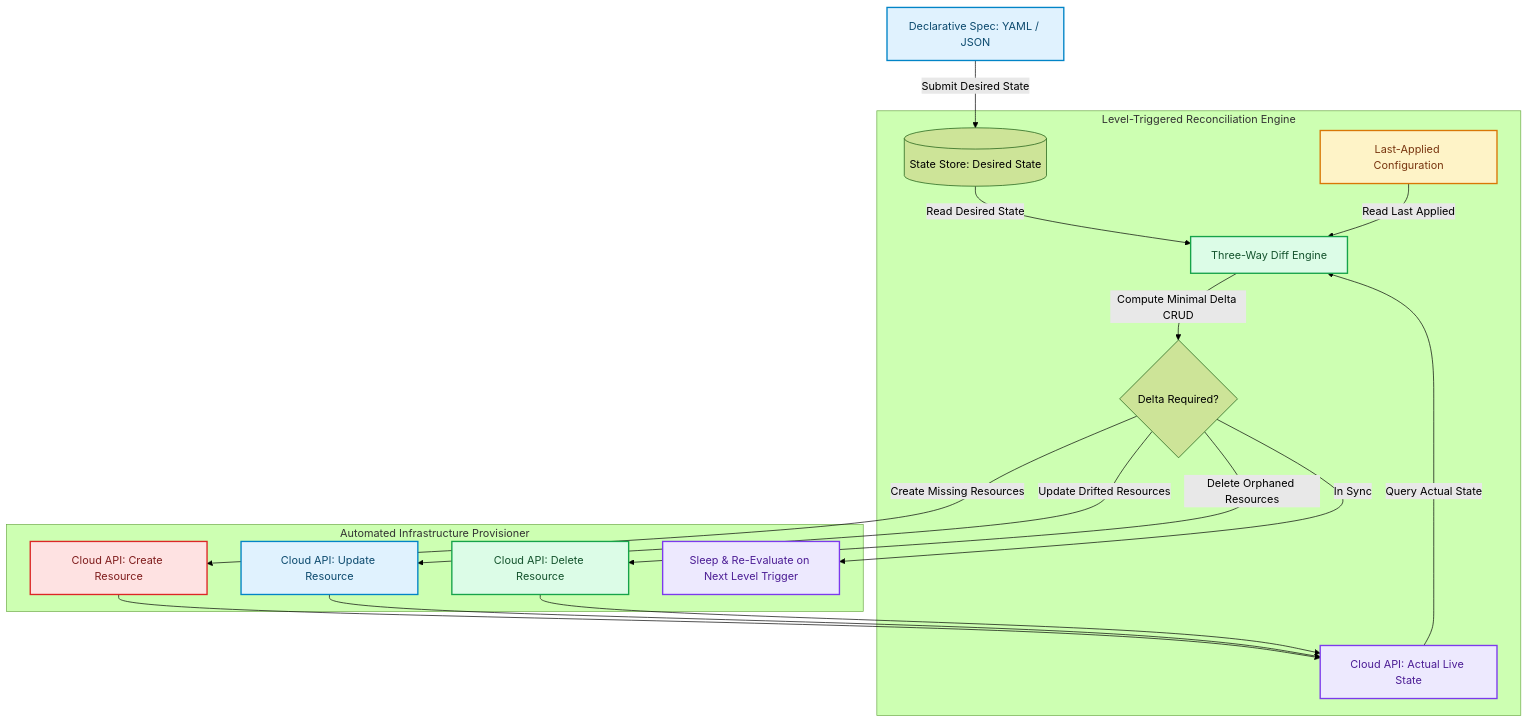
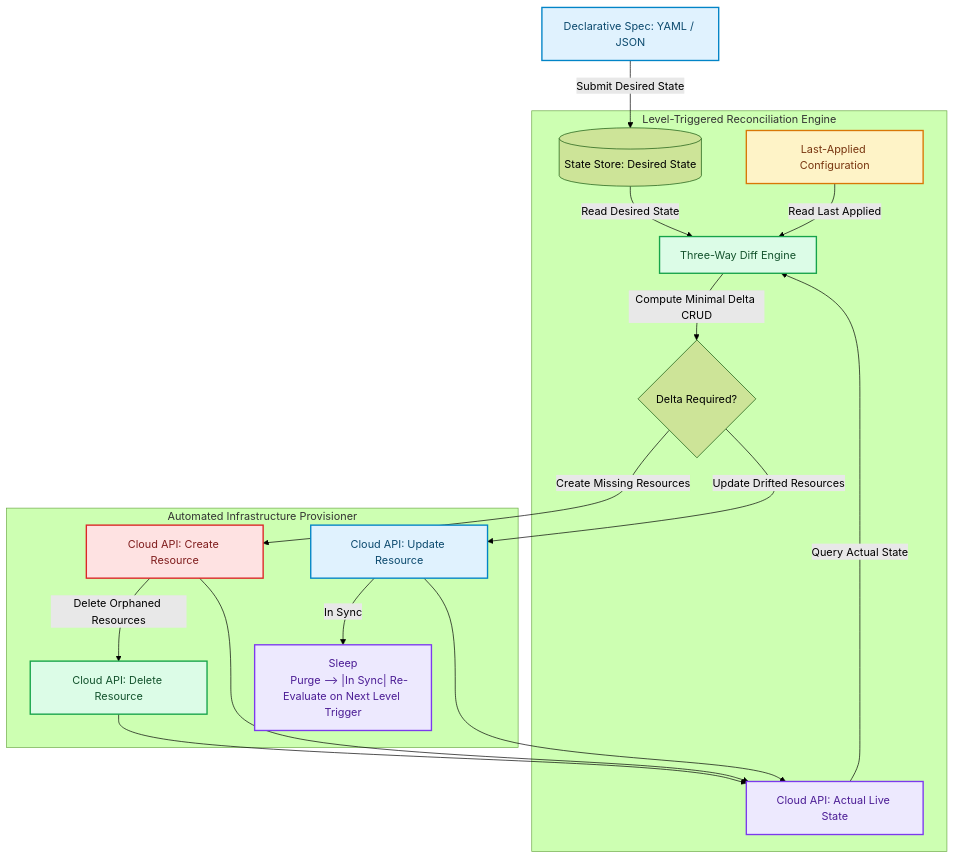
Before and after one commit to akmalkhaniub/akmalkhaniub.github.io: the diagram in blog/posts/declarative-state-synchronization-custom-infrastructure-reconcilers.md, drawn with Mermaid (forest theme). The commit also changed other lines of this file and 894 other files, not shown here.

Commit message:
feat(blog): upgrade all 444 posts with unique staggered dates, 2-col Mermaid spines, benchmark tables, code blocks, and trade-offs

````diff
--- a/blog/posts/declarative-state-synchronization-custom-infrastructure-reconcilers.md
+++ b/blog/posts/declarative-state-synchronization-custom-infrastructure-reconcilers.md
@@ -17,34 +17,35 @@
 ```mermaid
 flowchart TD
   User["Declarative Spec: YAML / JSON"] -->|Submit Desired State| Store[(State Store: Desired State)]
   
   subgraph SG1_LevelTriggeredReconciliation ["Level-Triggered Reconciliation Engine"]
     Store -->|Read Desired State| DiffEngine["Three-Way Diff Engine"]
     Live["Cloud API: Actual Live State"] -->|Query Actual State| DiffEngine
     Last["Last-Applied Configuration"] -->|Read Last Applied| DiffEngine
     
     DiffEngine -->|Compute Minimal Delta CRUD| ActionPlan{Delta Required?}
   end
   
   subgraph SG2_AutomatedInfrastructureProvisioner ["Automated Infrastructure Provisioner"]
     ActionPlan -->|Create Missing Resources| Provision["Cloud API: Create Resource"]
     ActionPlan -->|Update Drifted Resources| Update["Cloud API: Update Resource"]
-    ActionPlan -->|Delete Orphaned Resources| Purge["Cloud API: Delete Resource"]
-    ActionPlan -->|In Sync| Sleep["Sleep & Re-Evaluate on Next Level Trigger"]
+    Provision --> |Delete Orphaned Resources| Purge["Cloud API: Delete Resource"]
+    Update --> |In Sync| Sleep["Sleep
+    Purge --> |In Sync| Re-Evaluate on Next Level Trigger"]
     
     Provision --> Live
     Update --> Live
     Purge --> Live
   end
 
 classDef green fill:#dcfce7,stroke:#16a34a,stroke-width:2px,color:#14532d;
 classDef red fill:#fee2e2,stroke:#dc2626,stroke-width:2px,color:#7f1d1d;
 classDef blue fill:#e0f2fe,stroke:#0284c7,stroke-width:2px,color:#0c4a6e;
 classDef yellow fill:#fef3c7,stroke:#d97706,stroke-width:2px,color:#78350f;
 classDef purple fill:#ede9fe,stroke:#7c3aed,stroke-width:2px,color:#4c1d95;
 class User,Update blue
 class DiffEngine,Purge green
 class Live,Sleep purple
 class Last yellow
 class Provision red
 ```
````
